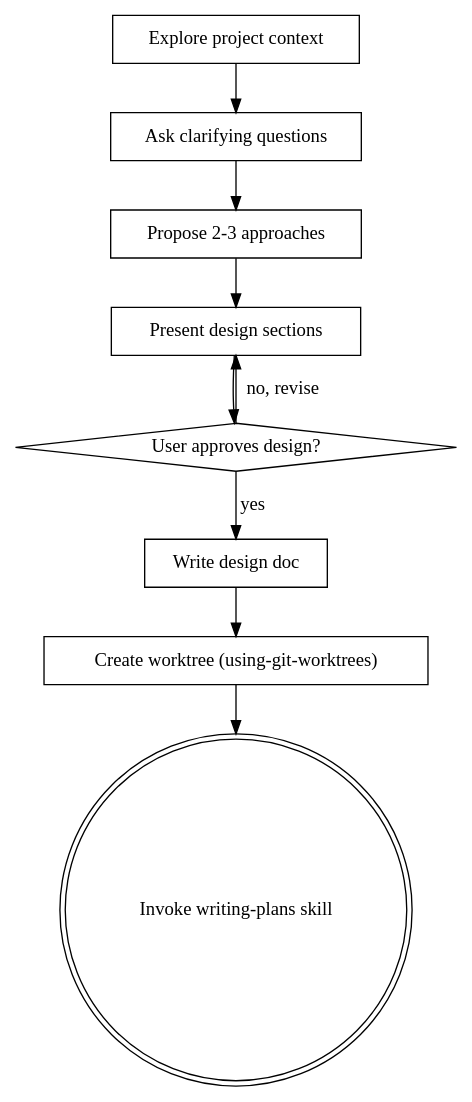
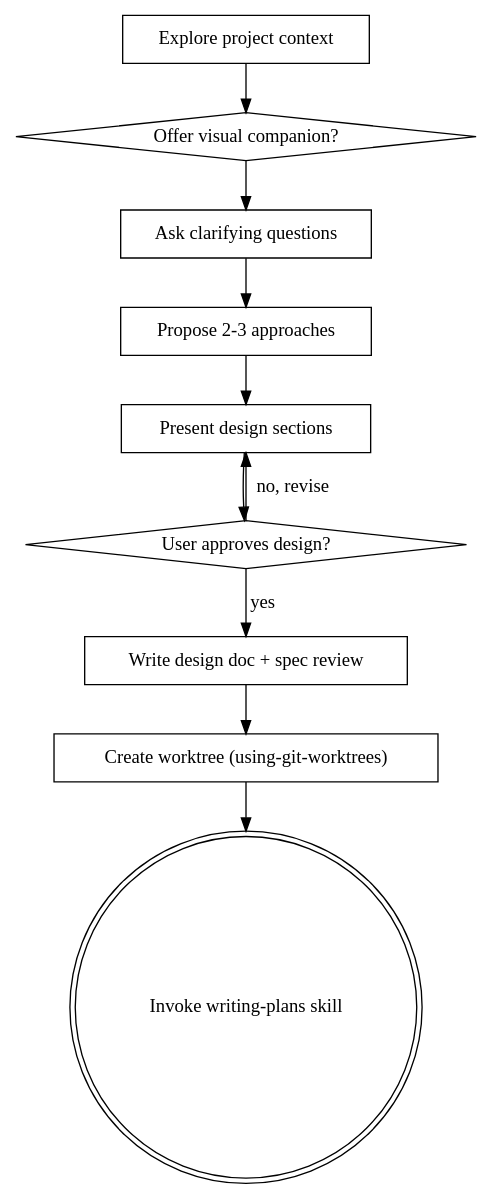
Before and after one commit to dxl0632/superpowers: the diagram in skills/brainstorming/SKILL.md, drawn with Graphviz. The commit also changed other lines of this file and 13 other files, not shown here.

````diff
--- a/skills/brainstorming/SKILL.md
+++ b/skills/brainstorming/SKILL.md
@@ -36,22 +37,23 @@
 ```dot
 digraph brainstorming {
     "Explore project context" [shape=box];
+    "Offer visual companion?" [shape=diamond];
     "Ask clarifying questions" [shape=box];
     "Propose 2-3 approaches" [shape=box];
     "Present design sections" [shape=box];
     "User approves design?" [shape=diamond];
-    "Write design doc" [shape=box];
+    "Write design doc + spec review" [shape=box];
+    "Create worktree (using-git-worktrees)" [shape=box];
     "Invoke writing-plans skill" [shape=doublecircle];
 
-    "Explore project context" -> "Ask clarifying questions";
+    "Explore project context" -> "Offer visual companion?";
+    "Offer visual companion?" -> "Ask clarifying questions";
     "Ask clarifying questions" -> "Propose 2-3 approaches";
     "Propose 2-3 approaches" -> "Present design sections";
     "Present design sections" -> "User approves design?";
     "User approves design?" -> "Present design sections" [label="no, revise"];
-    "User approves design?" -> "Write design doc" [label="yes"];
-    "Create worktree (using-git-worktrees)" [shape=box];
-
-    "Write design doc" -> "Create worktree (using-git-worktrees)";
+    "User approves design?" -> "Write design doc + spec review" [label="yes"];
+    "Write design doc + spec review" -> "Create worktree (using-git-worktrees)";
     "Create worktree (using-git-worktrees)" -> "Invoke writing-plans skill";
 }
 ```
````
